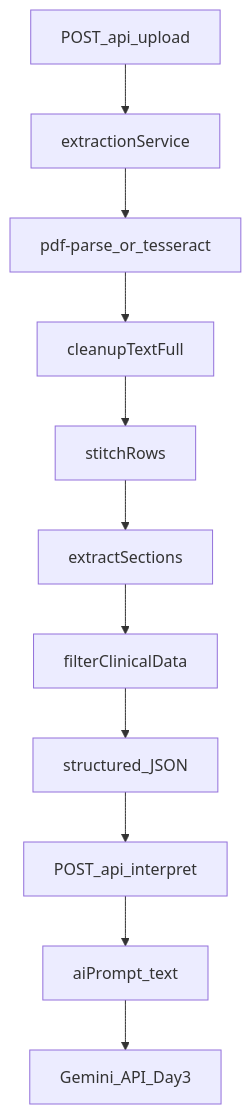
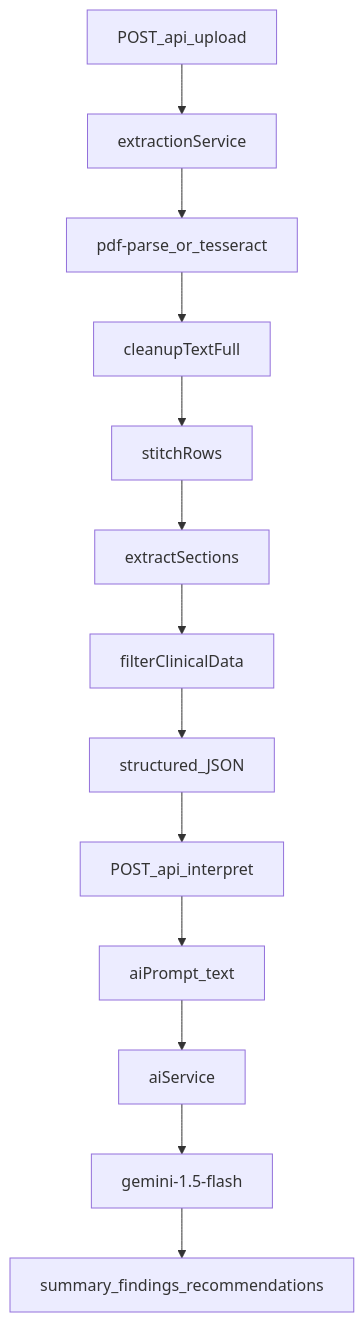
The diagram in PROJECT_CONTEXT.md (igaryanthakur/HealthLens), drawn with Mermaid before and after one commit. The commit also changed other lines of this file and 10 other files, not shown here.

First line of the commit message:
Wire Gemini AI interpretation layer for /api/interpret

````diff
--- a/PROJECT_CONTEXT.md
+++ b/PROJECT_CONTEXT.md
@@ -62,13 +64,15 @@
 ```mermaid
 flowchart TD
   upload[POST_api_upload] --> extract[extractionService]
   extract --> pdf[pdf-parse_or_tesseract]
   pdf --> cleanup[cleanupTextFull]
   cleanup --> stitch[stitchRows]
   stitch --> sections[extractSections]
   sections --> filter[filterClinicalData]
   filter --> structured[structured_JSON]
   structured --> interpret[POST_api_interpret]
   interpret --> aiPrompt[aiPrompt_text]
-  aiPrompt --> gemini[Gemini_API_Day3]
+  aiPrompt --> aiService[aiService]
+  aiService --> gemini[gemini-1.5-flash]
+  gemini --> data[summary_findings_recommendations]
 ```
````
